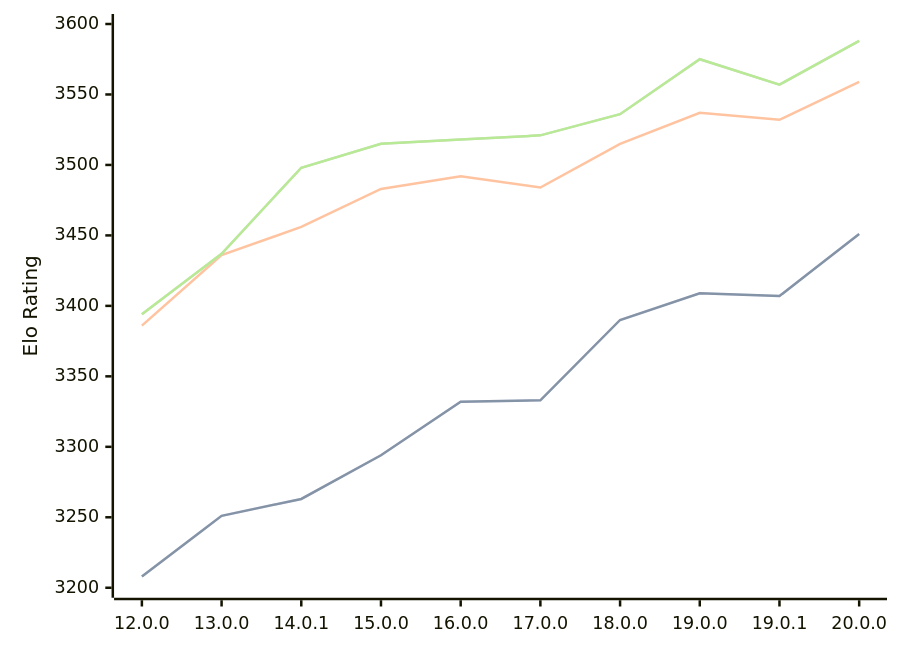
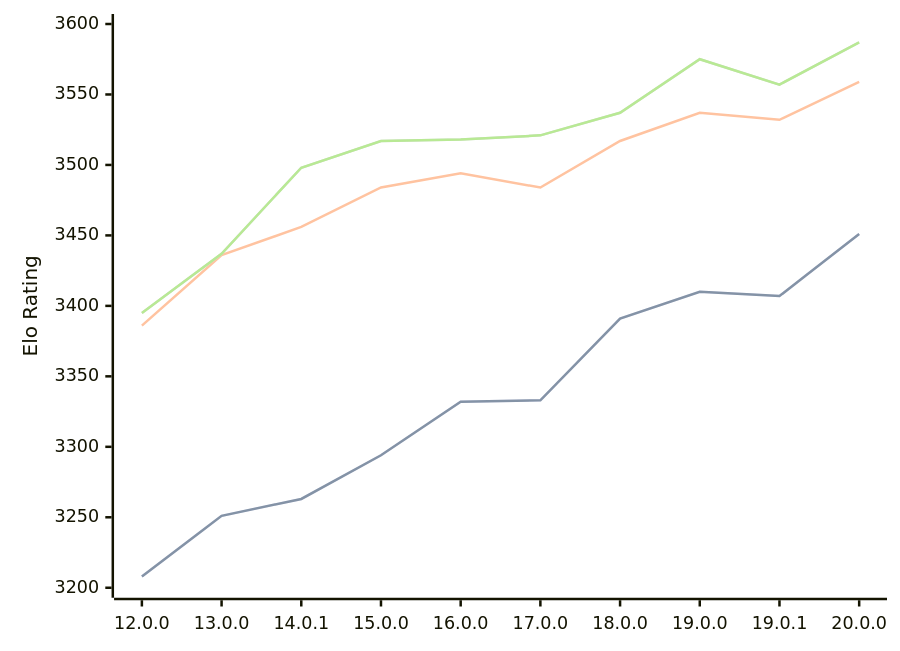
Before and after one commit to computer-chess-index/cci: the diagram in engines/Viridithas.md, drawn with Mermaid. The commit also changed other lines of this file, not shown here.

Commit message:
Update CCI Ratings (ELO VLTC) - 2026-09-06

````diff
--- a/engines/Viridithas.md
+++ b/engines/Viridithas.md
@@ -40,11 +40,11 @@
 ```mermaid
 %%{init: {"theme":"base","themeVariables":{"seriesColors:['#a3a3a3','#222221','#faa371']}}}%%
 xychart-beta
   x-axis ["12.0.0", "13.0.0", "14.0.1", "15.0.0", "16.0.0", "17.0.0", "18.0.0", "19.0.0", "19.0.1", "20.0.0"]
   y-axis "Elo Rating" 3200 --> 3600
-  line "" [3208, 3251, 3263, 3294, 3332, 3333, 3390, 3409, 3407, 3451]
-  line "STC (8.0+0.08s)" [3208, 3251, 3263, 3294, 3332, 3333, 3390, 3409, 3407, 3451]
-  line "LTC (60.0+0.60s)" [3386, 3436, 3456, 3483, 3492, 3484, 3515, 3537, 3532, 3559]
-  line "" [3394, 3437, 3498, 3515, 3518, 3521, 3536, 3575, 3557, 3588]
-  line "VLTC (2m24s+1.12s)" [3394, 3437, 3498, 3515, 3518, 3521, 3536, 3575, 3557, 3588]
+  line "" [3208, 3251, 3263, 3294, 3332, 3333, 3391, 3410, 3407, 3451]
+  line "STC (8.0+0.08s)" [3208, 3251, 3263, 3294, 3332, 3333, 3391, 3410, 3407, 3451]
+  line "LTC (60.0+0.60s)" [3386, 3436, 3456, 3484, 3494, 3484, 3517, 3537, 3532, 3559]
+  line "" [3395, 3437, 3498, 3517, 3518, 3521, 3537, 3575, 3557, 3587]
+  line "VLTC (2m24s+1.12s)" [3395, 3437, 3498, 3517, 3518, 3521, 3537, 3575, 3557, 3587]
 ```
````
